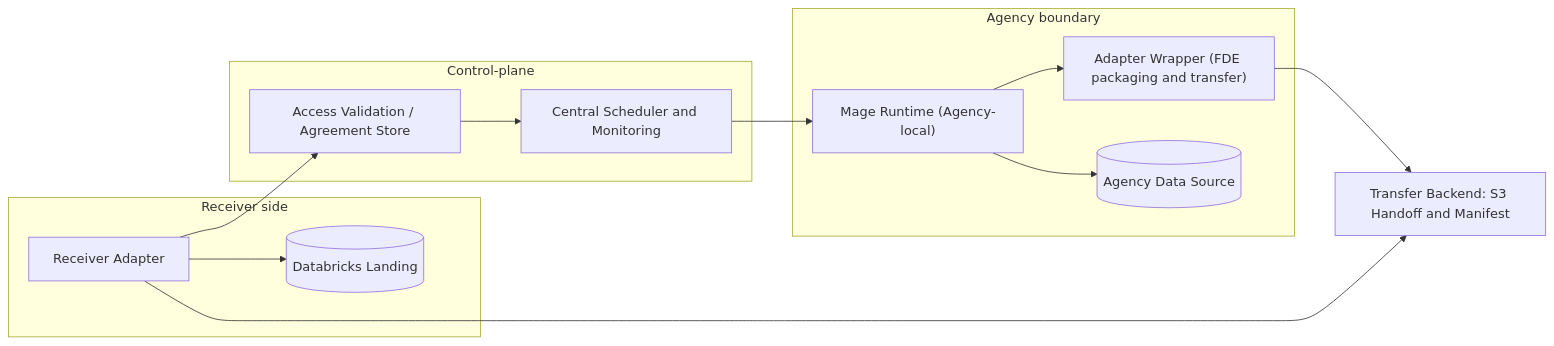
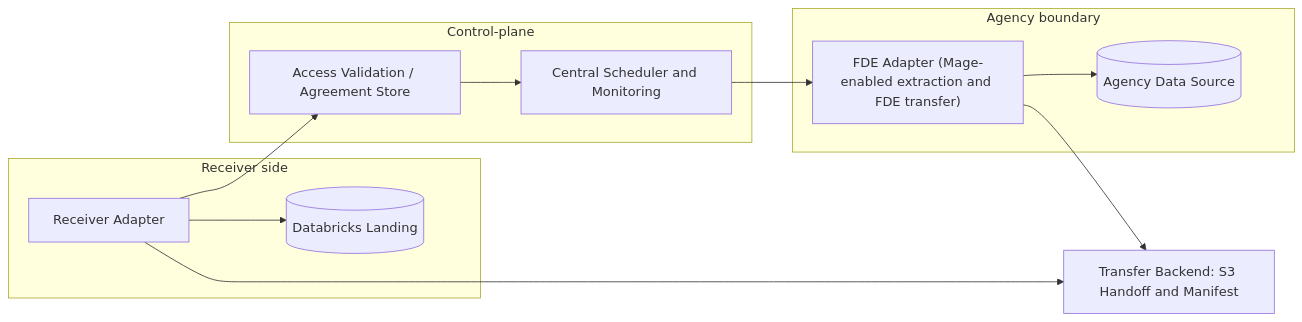
The sixth of 6 diagrams in docs/adr/0001-fde-architecture-diagrams.md (GSA-TTS/TTSE-Redwood), drawn with Mermaid before and after one commit. The commit also changed other lines of this file and 1 other file, not shown here.

Commit message:
docs(adr): update Option 3 to embed Mage in agency-local FDE adapter
Refines Option 3 to a single deployable FDE adapter that uses embedded Mage connectors/runtime for extraction and performs packaging/encryption/transfer via the FDE protocol; updates Option 3 diagrams accordingly.

````diff
--- a/docs/adr/0001-fde-architecture-diagrams.md
+++ b/docs/adr/0001-fde-architecture-diagrams.md
@@ -161,29 +159,27 @@
 ```mermaid
 flowchart LR
   subgraph ControlPlane[Control-plane]
     AV3[Access Validation / Agreement Store]
     CP3["Central Scheduler and Monitoring"]
   end
 
   subgraph AgencyBoundary[Agency boundary]
-    Mg3["Mage Runtime (Agency-local)"]
-    A3["Adapter Wrapper (FDE packaging and transfer)"]
+    A3["FDE Adapter (Mage-enabled extraction and FDE transfer)"]
     SRC3[(Agency Data Source)]
   end
 
   subgraph ReceiverSide[Receiver side]
     R3[Receiver Adapter]
     DBX3[(Databricks Landing)]
   end
 
   T3["Transfer Backend: S3 Handoff and Manifest"]
 
   R3 --> AV3
   AV3 --> CP3
-  CP3 --> Mg3
-  Mg3 --> SRC3
-  Mg3 --> A3
+  CP3 --> A3
+  A3 --> SRC3
   A3 --> T3
   R3 --> T3
   R3 --> DBX3
 ```
````
